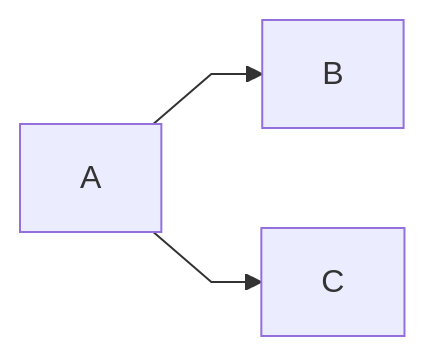
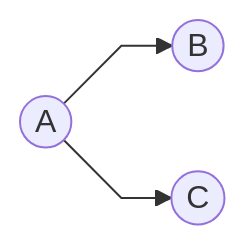
One commit to laurenceomfoisy/laurenceoliviermfoisy changed diagram 17 of 39 in presentation_goa/index.qmd. Above: the diagram before and after it, drawn with Mermaid. The commit also changed other lines of this file and 1 other file, not shown here.

````diff
--- a/presentation_goa/index.qmd
+++ b/presentation_goa/index.qmd
@@ -260,8 +255,8 @@
 ```{mermaid}
 
 %%{init: {'flowchart' : {'curve' : 'linear'}}}%%
 
 flowchart LR;
-    A --> B;
-    A --> C;
+    A((A)) --> B((B));
+    A --> C((C));
 ```
````
